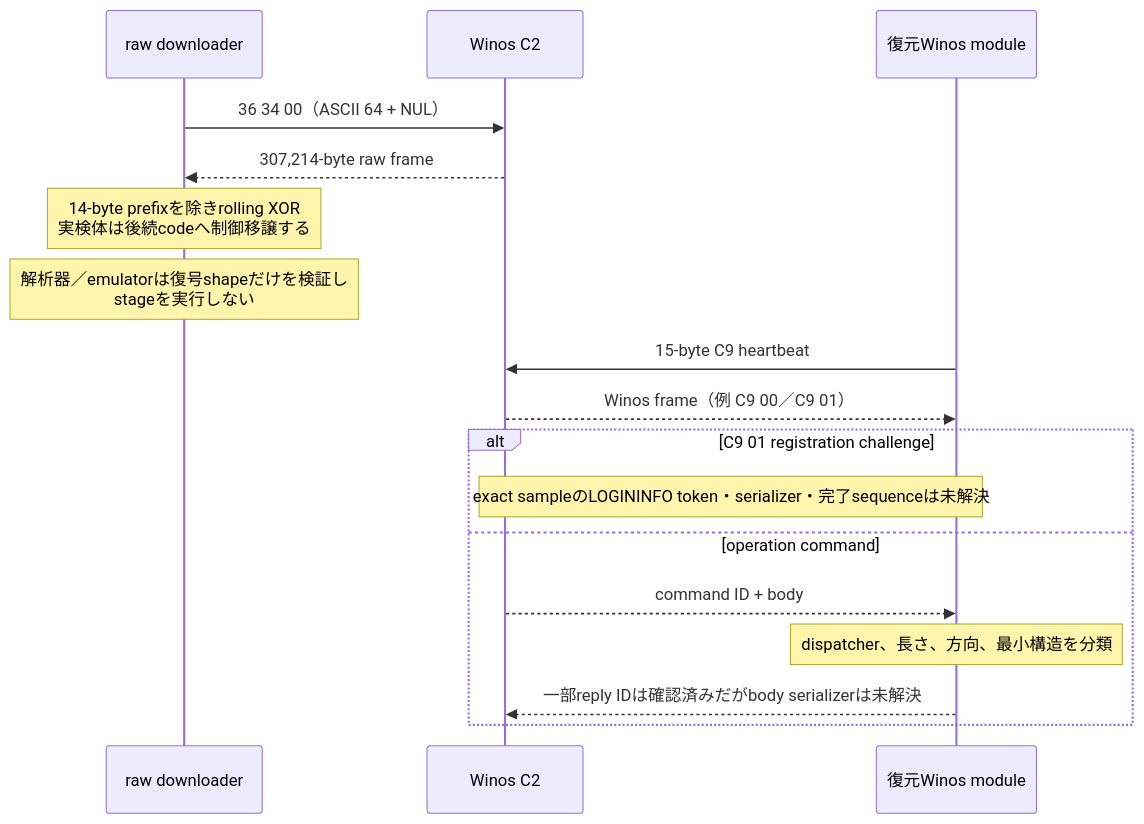
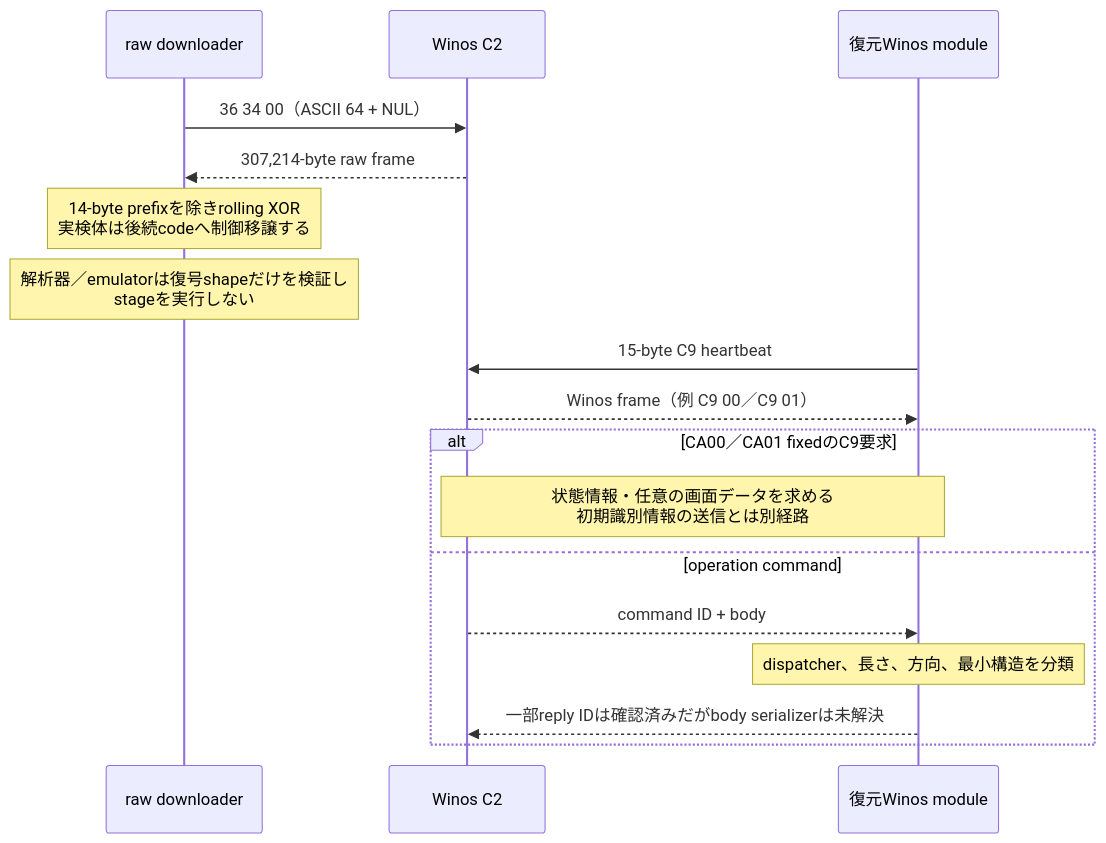
Before and after one commit to proshiba/AI-security-analysis: the second of 6 diagrams in analysis-framework/malware/valleyrat/docs/COMMUNICATION-PROTOCOL-ANALYSIS.md, drawn with Mermaid. The commit also changed other lines of this file and 40 other files, not shown here.

````diff
--- a/analysis-framework/malware/valleyrat/docs/COMMUNICATION-PROTOCOL-ANALYSIS.md
+++ b/analysis-framework/malware/valleyrat/docs/COMMUNICATION-PROTOCOL-ANALYSIS.md
@@ -42,21 +44,21 @@
 ```mermaid
 sequenceDiagram
     participant D as raw downloader
     participant C as Winos C2
     participant M as 復元Winos module
 
     D->>C: 36 34 00（ASCII 64 + NUL）
     C-->>D: 307,214-byte raw frame
     Note over D: 14-byte prefixを除きrolling XOR<br/>実検体は後続codeへ制御移譲する
     Note over D: 解析器／emulatorは復号shapeだけを検証し<br/>stageを実行しない
 
     M->>C: 15-byte C9 heartbeat
     C-->>M: Winos frame（例 C9 00／C9 01）
-    alt C9 01 registration challenge
-        Note over M,C: exact sampleのLOGININFO token・serializer・完了sequenceは未解決
+    alt CA00／CA01 fixedのC9要求
+        Note over M,C: 状態情報・任意の画面データを求める<br/>初期識別情報の送信とは別経路
     else operation command
         C-->>M: command ID + body
         Note over M: dispatcher、長さ、方向、最小構造を分類
         M-->>C: 一部reply IDは確認済みだがbody serializerは未解決
     end
 ```
````
